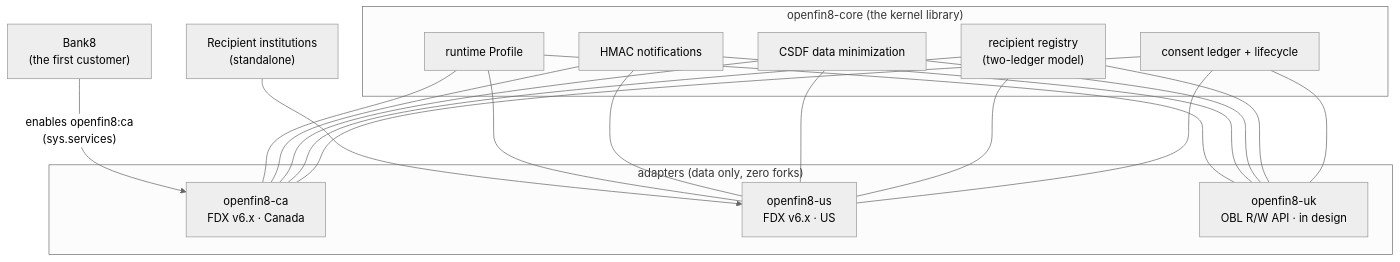
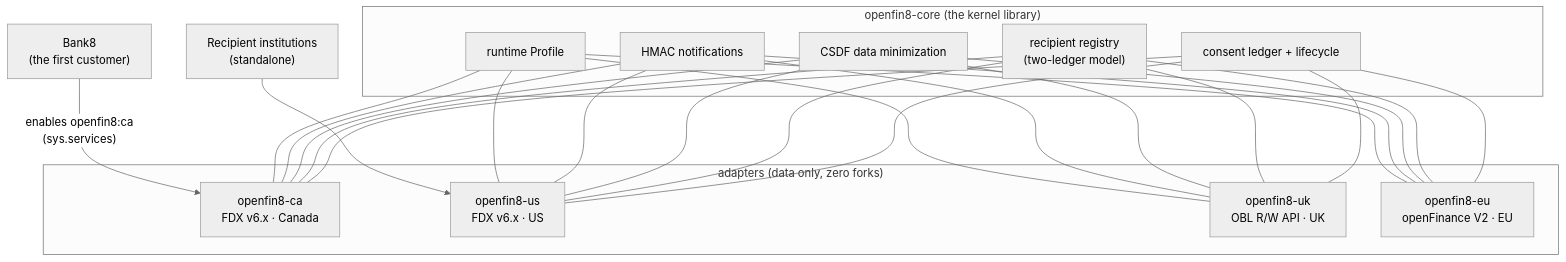
The diagram in docs/index.md (OpenFin8/openfin8-site), drawn with Mermaid (neutral theme) before and after one commit.

Commit message:
OBARCH-5/7 parity: the landing mermaid carries the UK+EU adapters (the stale 'in design' node replaced; the EU node added)

````diff
--- a/docs/index.md
+++ b/docs/index.md
@@ -17,18 +17,19 @@
 ```mermaid
 graph TD
     subgraph core["openfin8-core (the kernel library)"]
         LEDGER["consent ledger + lifecycle"]
         REG["recipient registry<br/>(two-ledger model)"]
         CSDF["CSDF data minimization"]
         NOTIFY["HMAC notifications"]
         PROF["runtime Profile"]
     end
     subgraph adapters["adapters (data only, zero forks)"]
         CA["openfin8-ca<br/>FDX v6.x · Canada"]
         US["openfin8-us<br/>FDX v6.x · US"]
-        UK["openfin8-uk<br/>OBL R/W API · in design"]
+        UK["openfin8-uk<br/>OBL R/W API · UK"]
+        EU["openfin8-eu<br/>openFinance V2 · EU"]
     end
-    LEDGER & REG & CSDF & NOTIFY & PROF --- CA & US & UK
+    LEDGER & REG & CSDF & NOTIFY & PROF --- CA & US & UK & EU
     BANK["Bank8<br/>(the first customer)"] -->|"enables openfin8:ca<br/>(sys.services)"| CA
     RECIP["Recipient institutions<br/>(standalone)"] --> US
 ```
````
